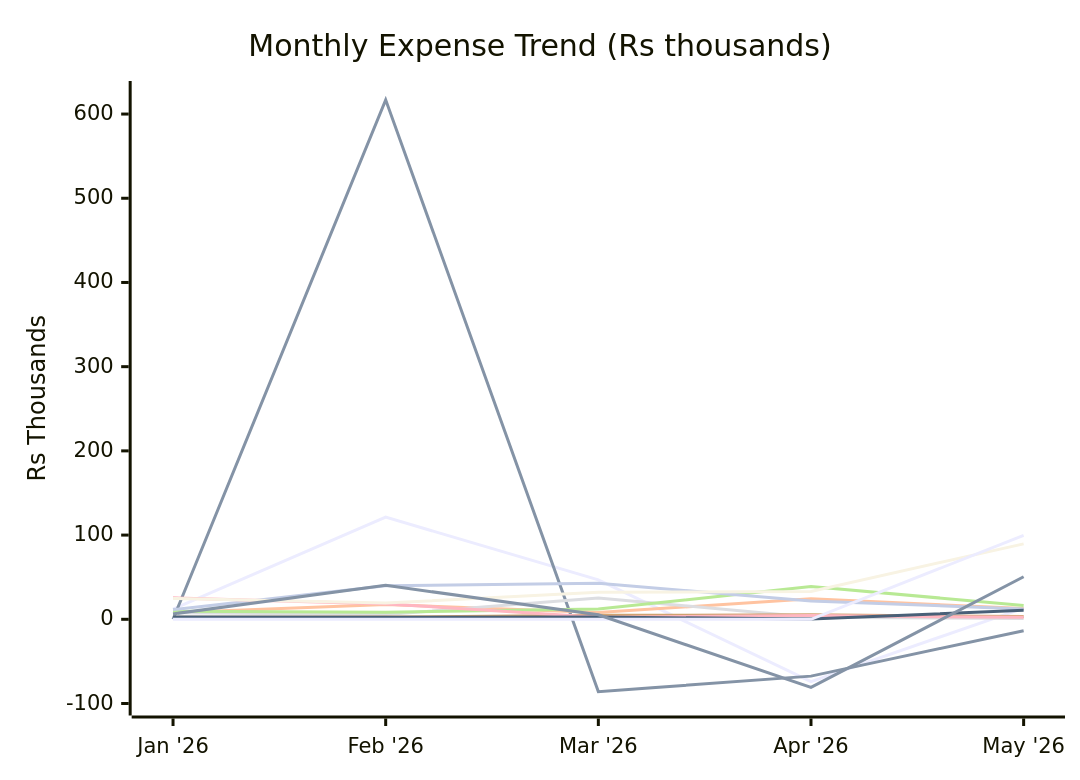
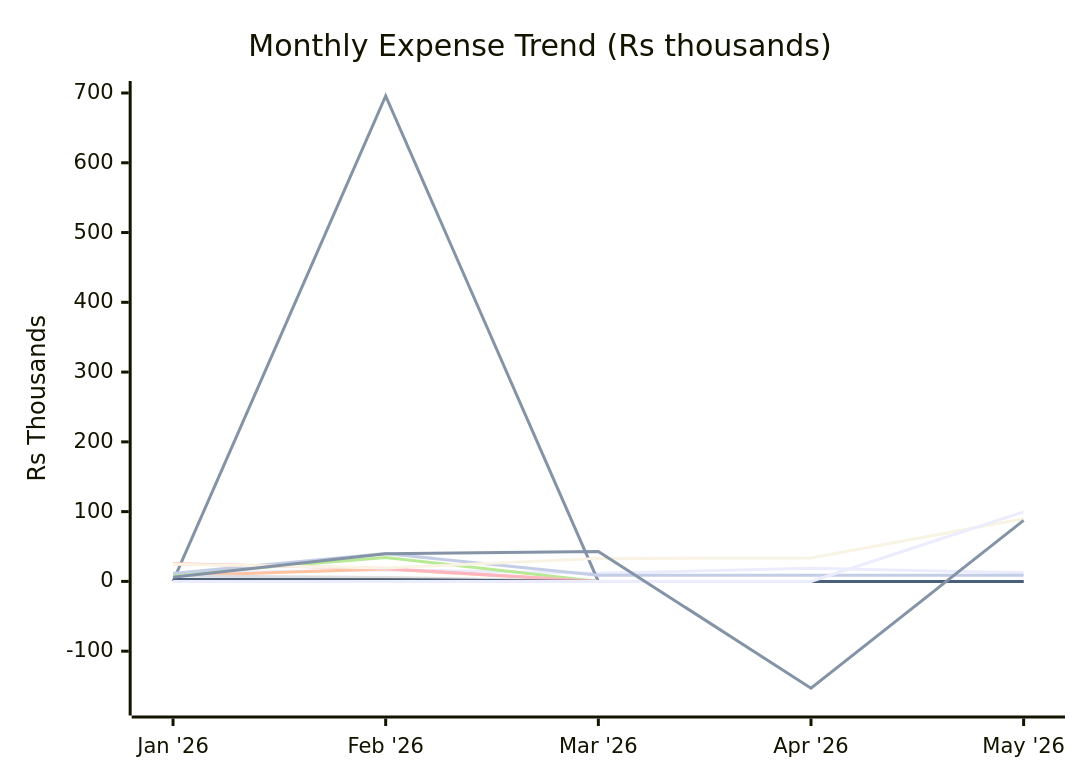
The first of 2 diagrams in reports/2026-05.md (sachin-hg/expense-reporter), drawn with Mermaid before and after one commit. The commit also changed other lines of this file and 7 other files, not shown here.

````diff
--- a/reports/2026-05.md
+++ b/reports/2026-05.md
@@ -25,18 +18,18 @@
 ```mermaid
 xychart-beta
     title "Monthly Expense Trend (Rs thousands)"
     x-axis ["Jan '26", "Feb '26", "Mar '26", "Apr '26", "May '26"]
-    y-axis "Rs Thousands" -100 --> 625
-    line "Travel" [12.1, 121.3, 46.9, -74.1, 13.3]
-    line "Trip" [0.0, 616.9, -85.9, -67.5, -13.5]
-    line "Shopping" [7.8, 17.5, 8.1, 24.4, 12.7]
-    line "Baby" [7.7, 5.6, 25.3, 2.4, 1.0]
-    line "Outside Food" [9.5, 8.3, 12.1, 38.9, 16.4]
-    line "Grocery" [2.5, 2.6, 4.7, 5.3, 3.2]
-    line "Utilities & Bills" [11.5, 39.9, 42.8, 21.7, 12.3]
-    line "Health, Fitness & Self Care" [25.5, 18.3, 2.5, 4.4, 2.3]
-    line "Upskill / AI" [2.6, 2.5, 2.6, 0.4, 10.6]
-    line "Rohan" [24.8, 19.3, 32.0, 33.1, 89.6]
+    y-axis "Rs Thousands" -175 --> 700
+    line "Travel" [12.1, 16.5, 11.7, 18.8, 12.3]
+    line "Trip" [0.0, 695.8, 0.0, 0.0, 0.0]
+    line "Shopping" [7.8, 17.8, 0.0, 0.0, 0.0]
+    line "Baby" [7.7, 5.6, 0.0, 0.0, 0.0]
+    line "Outside Food" [9.5, 34.3, 0.0, 0.0, 0.0]
+    line "Grocery" [2.9, 2.6, 0.0, 0.0, 0.0]
+    line "Utilities & Bills" [11.5, 39.9, 8.9, 8.9, 8.9]
+    line "Health, Fitness & Self Care" [25.5, 18.4, 0.0, 0.0, 0.0]
+    line "Upskill / AI" [2.6, 2.5, 0.0, 0.0, 0.0]
+    line "Rohan" [24.8, 19.3, 33.0, 33.5, 89.8]
     line "One-Time Expense" [0.0, 0.0, 0.0, 0.0, 99.7]
-    line "Others" [6.4, 40.3, 5.4, -80.9, 50.5]
+    line "Others" [6.0, 39.6, 43.0, -153.0, 87.5]
 ```
````
